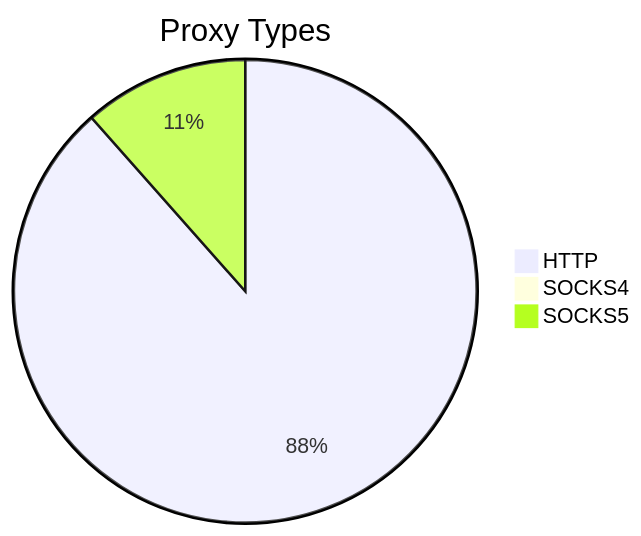
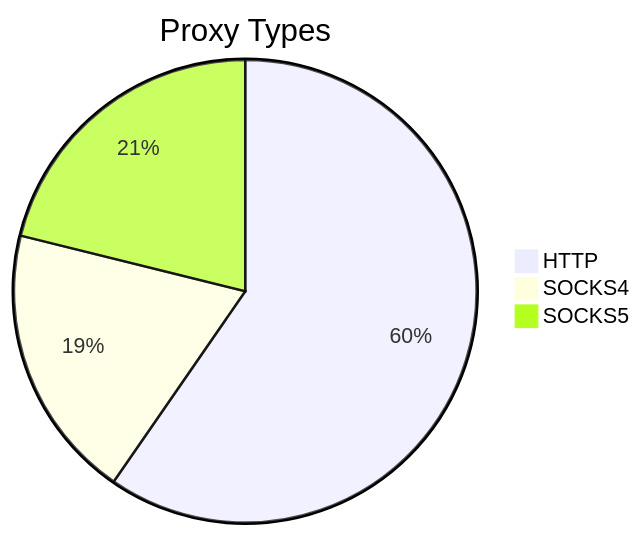
Before and after one commit to stormsia/proxy-list: the first of 2 diagrams in README.md, drawn with Mermaid. The commit also changed other lines of this file, not shown here.

````diff
--- a/README.md
+++ b/README.md
@@ -21,6 +21,6 @@
 ```mermaid
 pie title Proxy Types
-    "HTTP" : 115
-    "SOCKS4" : 1
-    "SOCKS5" : 15
+    "HTTP" : 189
+    "SOCKS4" : 61
+    "SOCKS5" : 67
 ```
````
